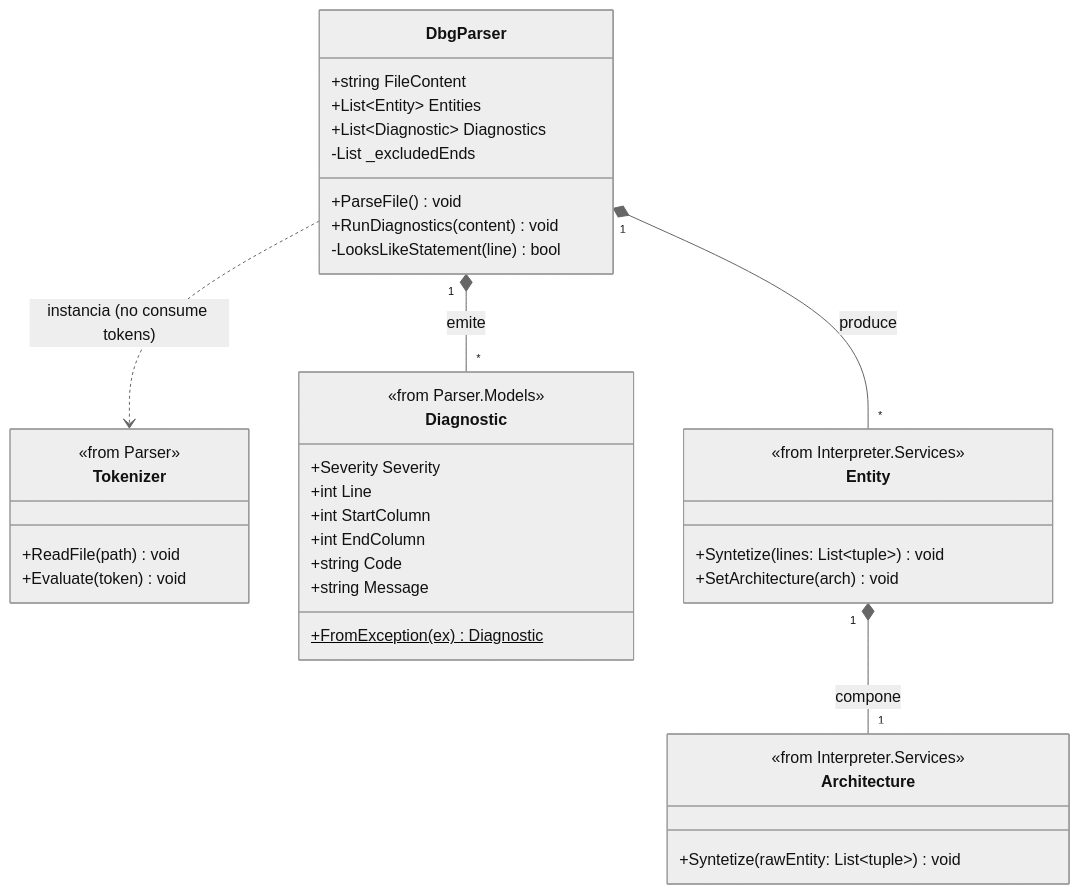
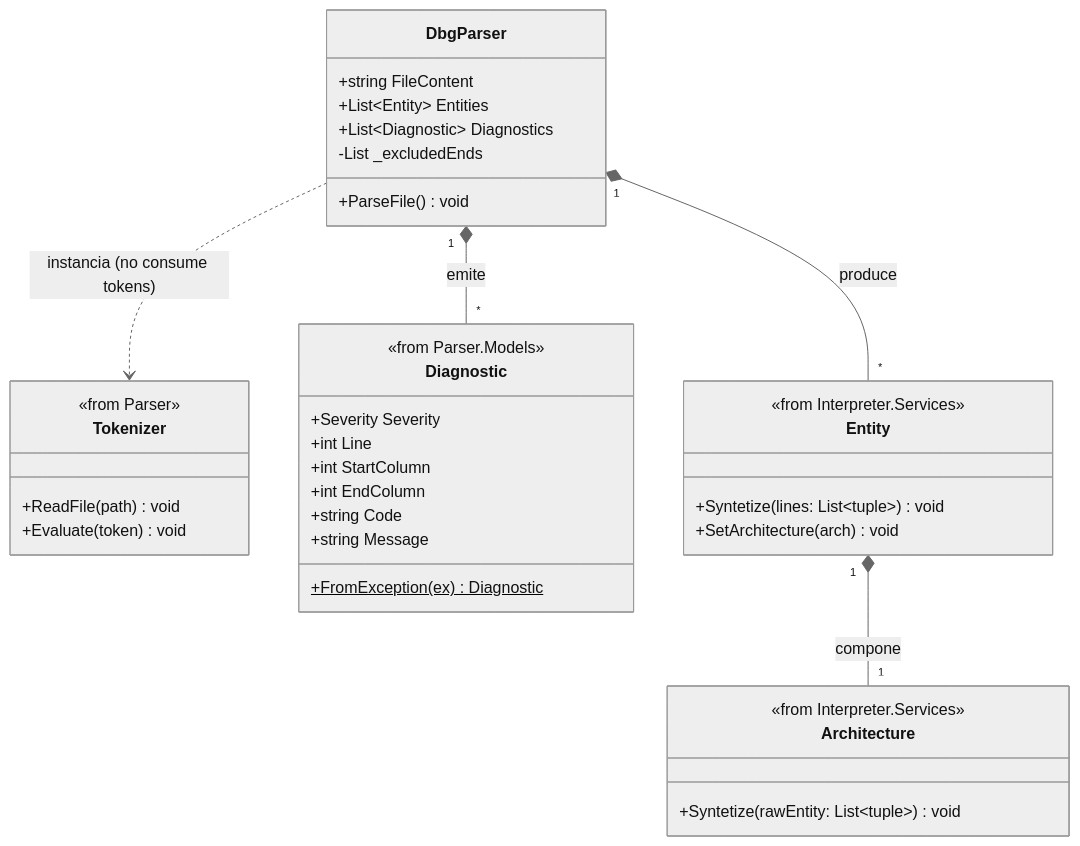
One commit to Kmila9s/Debugger changed the fifth of 6 diagrams in README.md. Above: the diagram before and after it, drawn with Mermaid (neutral theme). The commit also changed other lines of this file and 7 other files, not shown here.

````diff
--- a/README.md
+++ b/README.md
@@ -292,47 +292,45 @@
 ```mermaid
 classDiagram
     direction TB
 
     class DbgParser {
         +string FileContent
         +List~Entity~ Entities
         +List~Diagnostic~ Diagnostics
         -List _excludedEnds
         +ParseFile() void
-        +RunDiagnostics(content) void
-        -LooksLikeStatement(line) bool
     }
 
     class Tokenizer {
         <<from Parser>>
         +ReadFile(path) void
         +Evaluate(token) void
     }
 
     class Diagnostic {
         <<from Parser.Models>>
         +Severity Severity
         +int Line
         +int StartColumn
         +int EndColumn
         +string Code
         +string Message
         +FromException(ex)$ Diagnostic
     }
 
     class Entity {
         <<from Interpreter.Services>>
         +Syntetize(lines: List~tuple~) void
         +SetArchitecture(arch) void
     }
 
     class Architecture {
         <<from Interpreter.Services>>
         +Syntetize(rawEntity: List~tuple~) void
     }
 
     DbgParser ..> Tokenizer : instancia (no consume tokens)
     DbgParser "1" *-- "*" Entity : produce
     DbgParser "1" *-- "*" Diagnostic : emite
     Entity "1" *-- "1" Architecture : compone
 ```
````
